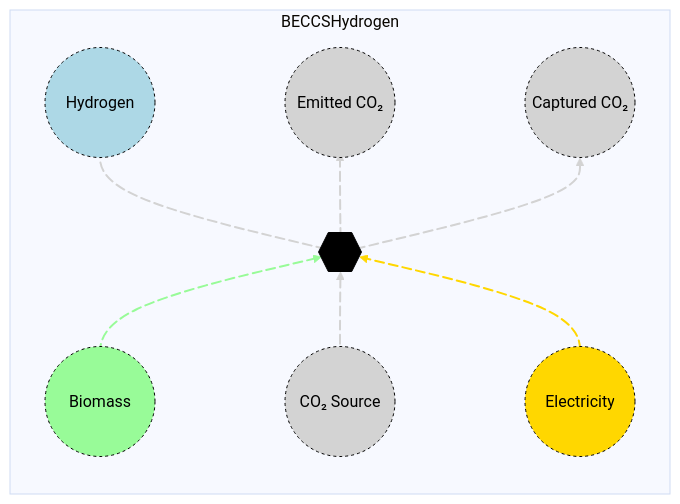
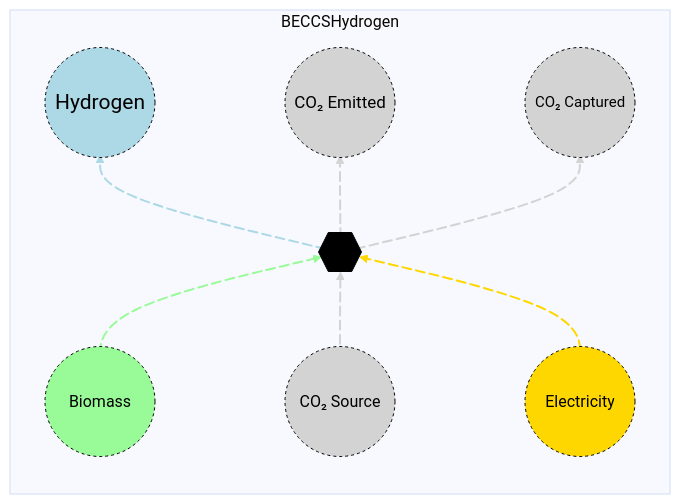
One commit to openmod-tracker/MacroEnergy.jl changed the diagram in docs/src/Manual/assets/beccshydrogen.md. Above: the diagram before and after it, drawn with Mermaid. The commit also changed 12 other files, not shown here.

Commit message:
Fix Mermaid diagram rendering issues in asset library

````diff
--- a/docs/src/Manual/assets/beccshydrogen.md
+++ b/docs/src/Manual/assets/beccshydrogen.md
@@ -25,33 +25,33 @@
 ```mermaid
 %%{init: {'theme': 'base', 'themeVariables': { 'background': '#D1EBDE' }}}%%
 flowchart LR
   subgraph BECCSHydrogen
   direction BT
     B((Biomass)) e1@--> A{{..}}
     C((CO₂ Source)) e2@--> A
     D((Electricity)) e3@--> A
     A e4@--> E((Hydrogen))
-    A e5@--> F((Emitted CO₂))
-    A e6@--> G((Captured CO₂))
+    A e5@--> F((CO₂ Emitted))
+    A e6@--> G((CO₂ Captured))
     e1@{ animate: true }
     e2@{ animate: true }
     e3@{ animate: true }
     e4@{ animate: true }
     e5@{ animate: true }
     e6@{ animate: true }
  end
     style A fill:black,stroke:black,color:black;
     style B r:55px,fill:palegreen,stroke:black,color:black, stroke-dasharray: 3,5;
     style C r:55px,fill:lightgray,stroke:black,color:black, stroke-dasharray: 3,5;
     style D r:55px,fill:#FFD700,stroke:black,color:black, stroke-dasharray: 3,5;
-    style E r:55px,fill:lightblue,stroke:black,color:black, stroke-dasharray: 3,5;
-    style F r:55px,fill:lightgray,stroke:black,color:black, stroke-dasharray: 3,5;
-    style G r:55px,fill:lightgray,stroke:black,color:black, stroke-dasharray: 3,5;
+    style E font-size:21px,r:55px,fill:lightblue,stroke:black,color:black, stroke-dasharray: 3,5;
+    style F font-size:17px,r:55px,fill:lightgray,stroke:black,color:black, stroke-dasharray: 3,5;
+    style G font-size:15px,r:55px,fill:lightgray,stroke:black,color:black, stroke-dasharray: 3,5;
 
     linkStyle 0 stroke:palegreen, stroke-width: 2px;
     linkStyle 1 stroke:lightgray, stroke-width: 2px;
     linkStyle 2 stroke:#FFD700, stroke-width: 2px;
-    linkStyle 3 stroke:lightgray, stroke-width: 2px;
+    linkStyle 3 stroke:lightblue, stroke-width: 2px;
     linkStyle 4 stroke:lightgray, stroke-width: 2px;
     linkStyle 5 stroke:lightgray, stroke-width: 2px;
 ```
````
